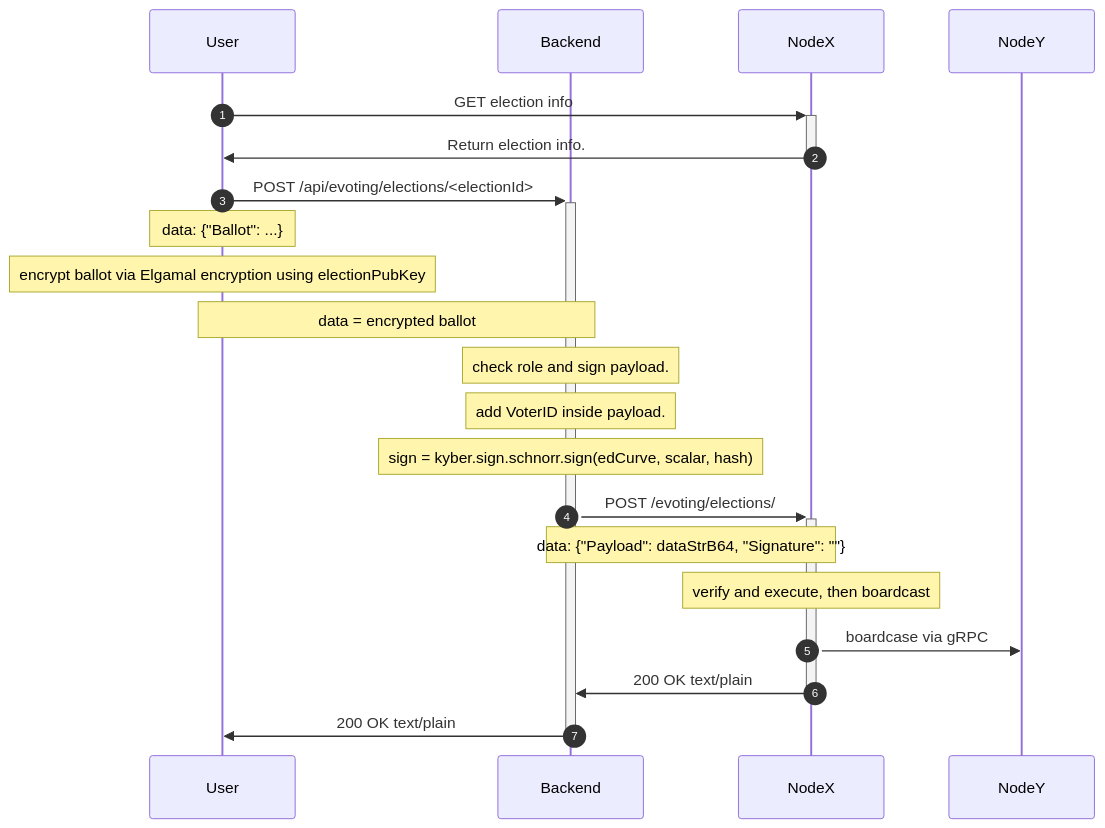
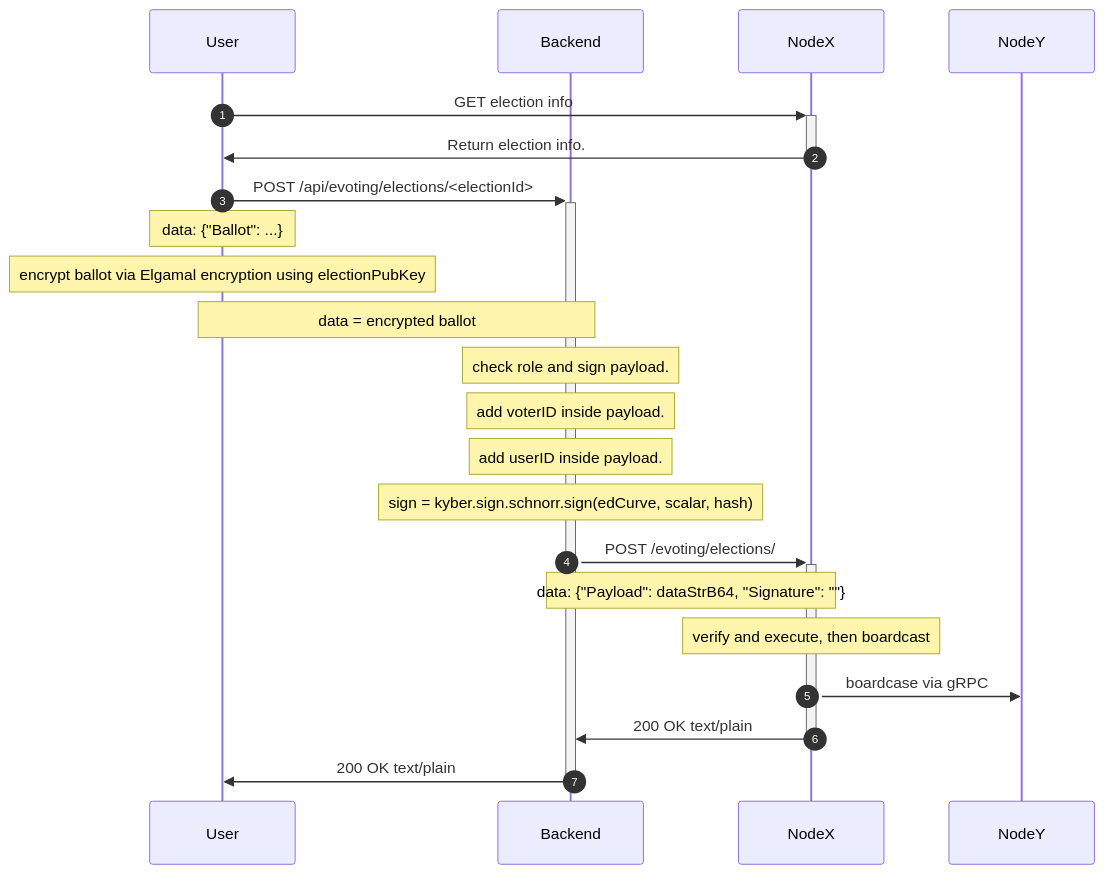
The first of 4 diagrams in docs/verifiability_doc.md (dedis/d-voting), drawn with Mermaid before and after one commit. The commit also changed 3 other files, not shown here.

````diff
--- a/docs/verifiability_doc.md
+++ b/docs/verifiability_doc.md
@@ -9,23 +9,24 @@
 ```mermaid
  sequenceDiagram
     autonumber
     participant User
     participant Backend
     participant NodeX
     participant NodeY
     User ->>+ NodeX: GET election info
     NodeX ->>- User: Return election info.
     User ->>+ Backend: POST /api/evoting/elections/<electionId>
     Note over User: data: {"Ballot": ...}
     Note over User: encrypt ballot via Elgamal encryption using electionPubKey
     Note over User, Backend: data = encrypted ballot
     Note over Backend: check role and sign payload.
-    Note over Backend: add VoterID inside payload.
+    Note over Backend: add voterID inside payload.
+    Note over Backend: add userID inside payload.
     Note over Backend: sign = kyber.sign.schnorr.sign(edCurve, scalar, hash);
     Backend ->>+ NodeX: POST /evoting/elections/
     Note over Backend, NodeX: data: {"Payload": dataStrB64, "Signature": ""}
     Note over NodeX: verify and execute, then boardcast 
     NodeX ->> NodeY: boardcase via gRPC
     NodeX ->>- Backend: 200 OK text/plain
     Backend ->>- User: 200 OK text/plain
 ```
````
